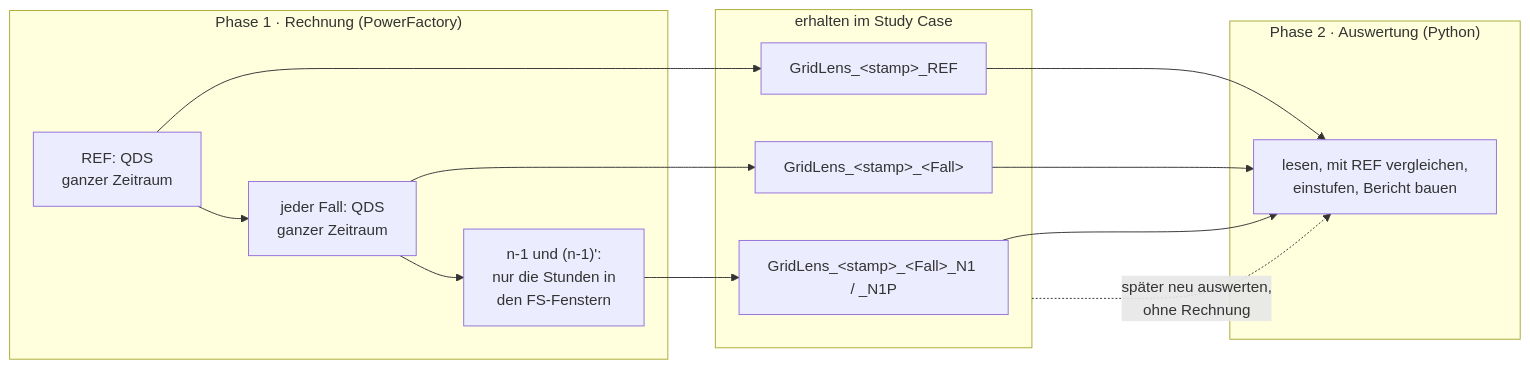
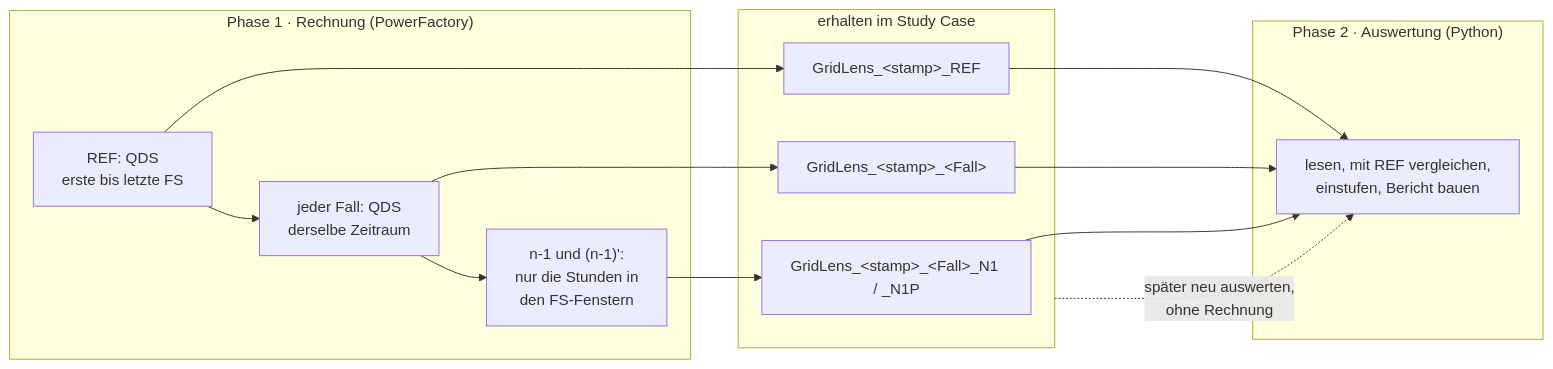
The first of 2 diagrams in docs/de/BERECHNUNG_UND_AUSWERTUNG.md (hadiibrahim-Engin/GridLensAssessment), drawn with Mermaid before and after one commit. The commit also changed other lines of this file and 11 other files, not shown here.

````diff
--- a/docs/de/BERECHNUNG_UND_AUSWERTUNG.md
+++ b/docs/de/BERECHNUNG_UND_AUSWERTUNG.md
@@ -14,20 +14,20 @@
 ```mermaid
 flowchart LR
     subgraph P1["Phase 1 · Rechnung (PowerFactory)"]
-        R["REF: QDS<br/>ganzer Zeitraum"] --> C["jeder Fall: QDS<br/>ganzer Zeitraum"]
+        R["REF: QDS<br/>erste bis letzte FS"] --> C["jeder Fall: QDS<br/>derselbe Zeitraum"]
         C --> N["n-1 und (n-1)':<br/>nur die Stunden in<br/>den FS-Fenstern"]
     end
     subgraph K["erhalten im Study Case"]
         E1["GridLens_&lt;stamp&gt;_REF"]
         E2["GridLens_&lt;stamp&gt;_&lt;Fall&gt;"]
         E3["GridLens_&lt;stamp&gt;_&lt;Fall&gt;_N1 / _N1P"]
     end
     subgraph P2["Phase 2 · Auswertung (Python)"]
         V["lesen, mit REF vergleichen,<br/>einstufen, Bericht bauen"]
     end
     R --> E1
     C --> E2
     N --> E3
     E1 & E2 & E3 --> V
     K -. "später neu auswerten,<br/>ohne Rechnung" .-> V
 ```
````
